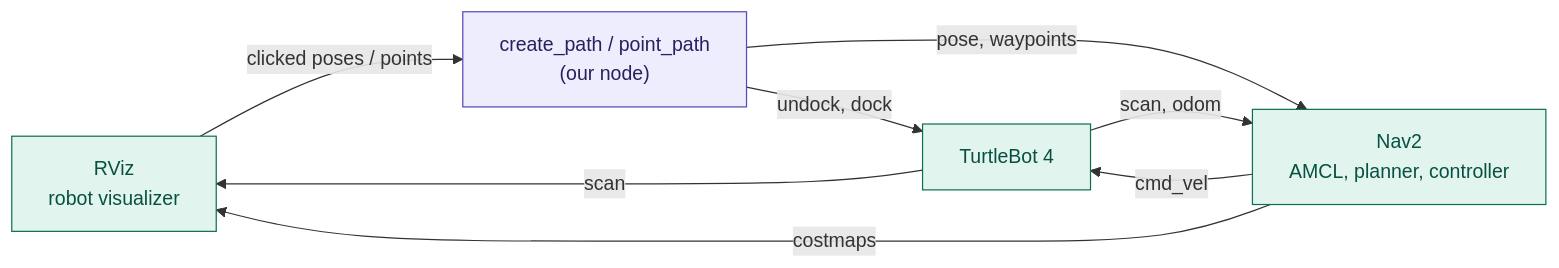
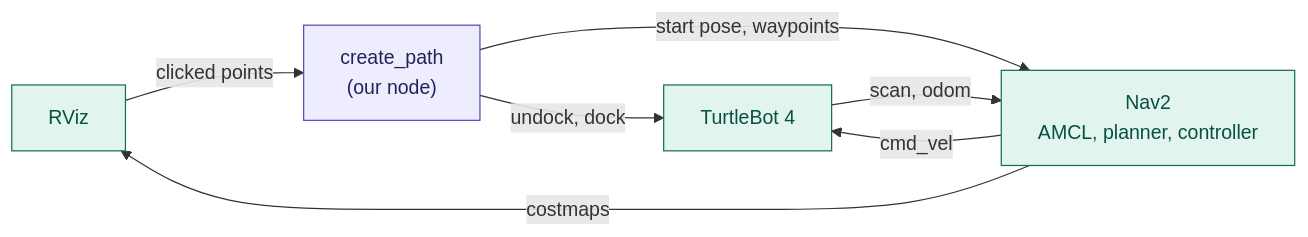
Before and after one commit to Happy1HappyHappy/Robotics: the diagram in robotics_ws/src/day8pkg/README.md, drawn with Mermaid. The commit also changed other lines of this file and 1 other file, not shown here.

First line of the commit message:
Rewrite day8pkg README as one start-to-finish flow

````diff
--- a/robotics_ws/src/day8pkg/README.md
+++ b/robotics_ws/src/day8pkg/README.md
@@ -40,14 +26,13 @@
 ```mermaid
 flowchart LR
-    rviz["RViz<br>robot visualizer"] -->|"clicked poses / points"| app["create_path / point_path<br>(our node)"]
+    rviz["RViz"] -->|"clicked points"| app["create_path<br>(our node)"]
     app -->|"undock, dock"| bot["TurtleBot 4"]
-    app -->|"pose, waypoints"| nav["Nav2<br>AMCL, planner, controller"]
+    app -->|"start pose, waypoints"| nav["Nav2<br>AMCL, planner, controller"]
     bot -->|"scan, odom"| nav
     nav -->|cmd_vel| bot
     nav -->|costmaps| rviz
-    bot -->|scan| rviz
     classDef ours fill:#EEEDFE,stroke:#534AB7,color:#26215C
     classDef given fill:#E1F5EE,stroke:#0F6E56,color:#085041
     class app ours
     class rviz,bot,nav given
 ```
````
